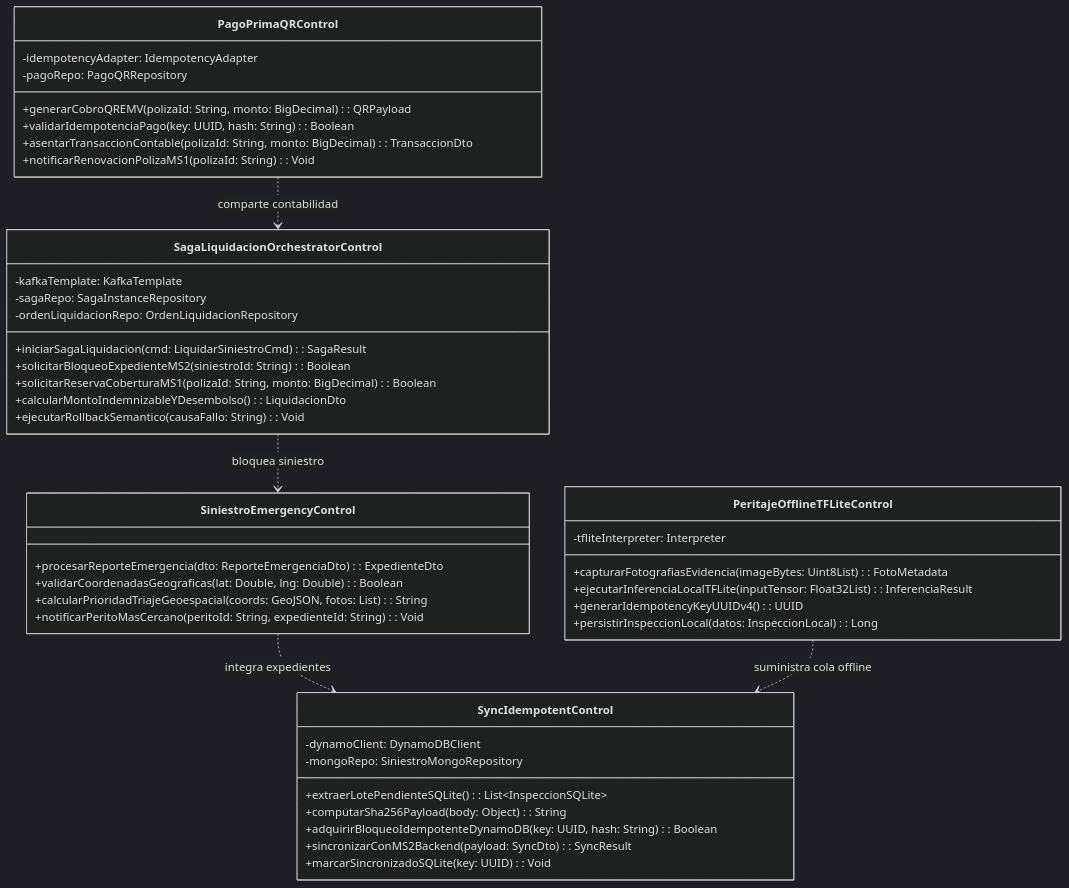
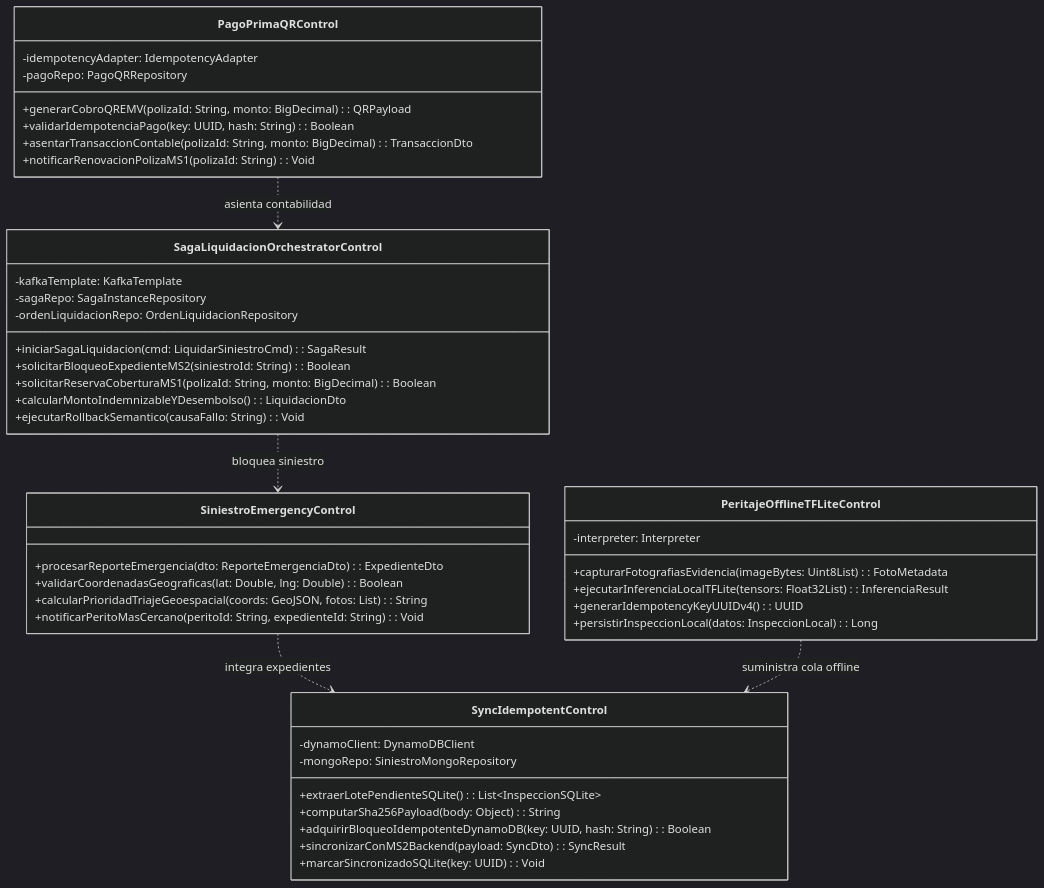
Before and after one commit to DiegoxdGarcia2/2doParcialSW2: diagram 14 of 15 in docs/opcion_B_documentacion.md, drawn with Mermaid (dark theme). The commit also changed other lines of this file and 10 other files, not shown here.

Commit message:
docs: actualizar documentacion formal segun guias GuiaDocIconix y agregar panel de navegacion con 14 diagramas en archivo .qea

````diff
--- a/docs/opcion_B_documentacion.md
+++ b/docs/opcion_B_documentacion.md
@@ -702,52 +816,52 @@
 ```mermaid
 classDiagram
     class SiniestroEmergencyControl {
         +procesarReporteEmergencia(dto: ReporteEmergenciaDto): ExpedienteDto
         +validarCoordenadasGeograficas(lat: Double, lng: Double): Boolean
         +calcularPrioridadTriajeGeoespacial(coords: GeoJSON, fotos: List): String
         +notificarPeritoMasCercano(peritoId: String, expedienteId: String): Void
     }
 
     class PeritajeOfflineTFLiteControl {
-        -tfliteInterpreter: Interpreter
+        -interpreter: Interpreter
         +capturarFotografiasEvidencia(imageBytes: Uint8List): FotoMetadata
-        +ejecutarInferenciaLocalTFLite(inputTensor: Float32List): InferenciaResult
+        +ejecutarInferenciaLocalTFLite(tensors: Float32List): InferenciaResult
         +generarIdempotencyKeyUUIDv4(): UUID
         +persistirInspeccionLocal(datos: InspeccionLocal): Long
     }
 
     class SyncIdempotentControl {
         -dynamoClient: DynamoDBClient
         -mongoRepo: SiniestroMongoRepository
         +extraerLotePendienteSQLite(): List~InspeccionSQLite~
         +computarSha256Payload(body: Object): String
         +adquirirBloqueoIdempotenteDynamoDB(key: UUID, hash: String): Boolean
         +sincronizarConMS2Backend(payload: SyncDto): SyncResult
         +marcarSincronizadoSQLite(key: UUID): Void
     }
 
     class SagaLiquidacionOrchestratorControl {
         -kafkaTemplate: KafkaTemplate
         -sagaRepo: SagaInstanceRepository
         -ordenLiquidacionRepo: OrdenLiquidacionRepository
         +iniciarSagaLiquidacion(cmd: LiquidarSiniestroCmd): SagaResult
         +solicitarBloqueoExpedienteMS2(siniestroId: String): Boolean
         +solicitarReservaCoberturaMS1(polizaId: String, monto: BigDecimal): Boolean
         +calcularMontoIndemnizableYDesembolso(): LiquidacionDto
         +ejecutarRollbackSemantico(causaFallo: String): Void
     }
 
     class PagoPrimaQRControl {
         -idempotencyAdapter: IdempotencyAdapter
         -pagoRepo: PagoQRRepository
         +generarCobroQREMV(polizaId: String, monto: BigDecimal): QRPayload
         +validarIdempotenciaPago(key: UUID, hash: String): Boolean
         +asentarTransaccionContable(polizaId: String, monto: BigDecimal): TransaccionDto
         +notificarRenovacionPolizaMS1(polizaId: String): Void
     }
 
     SiniestroEmergencyControl ..> SyncIdempotentControl : integra expedientes
     PeritajeOfflineTFLiteControl ..> SyncIdempotentControl : suministra cola offline
     SagaLiquidacionOrchestratorControl ..> SiniestroEmergencyControl : bloquea siniestro
-    PagoPrimaQRControl ..> SagaLiquidacionOrchestratorControl : comparte contabilidad
+    PagoPrimaQRControl ..> SagaLiquidacionOrchestratorControl : asienta contabilidad
 ```
````
